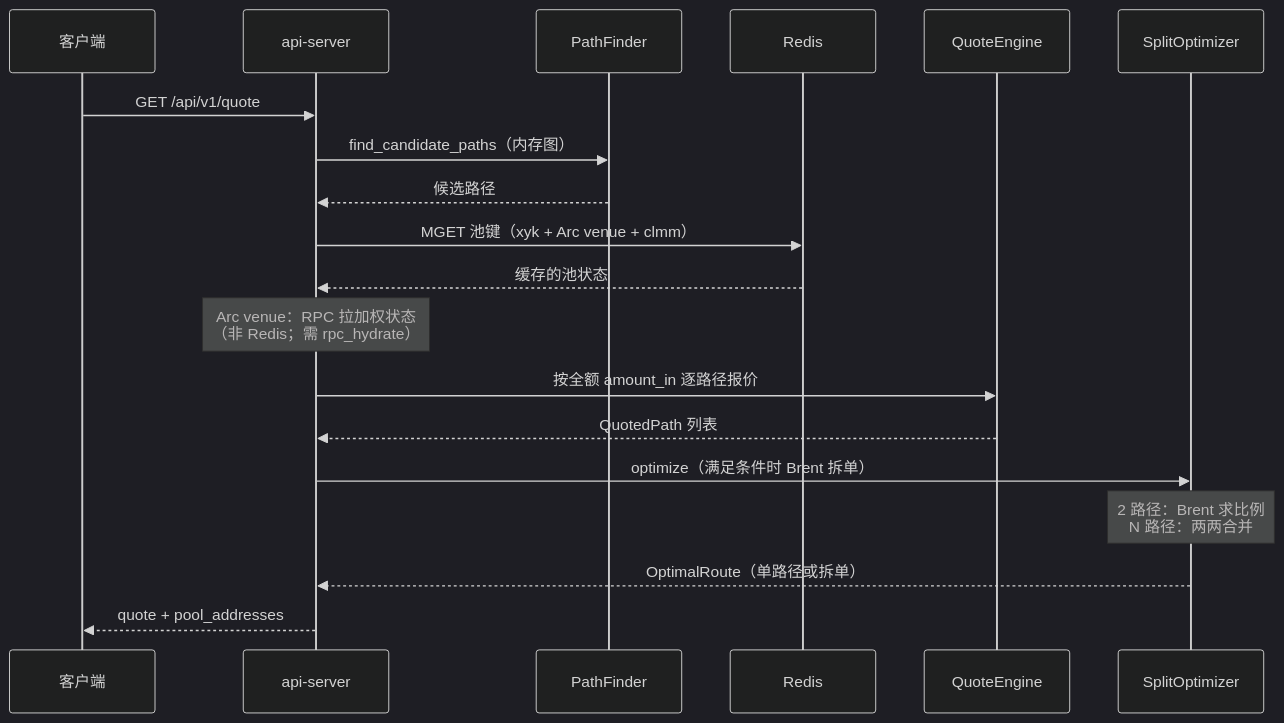
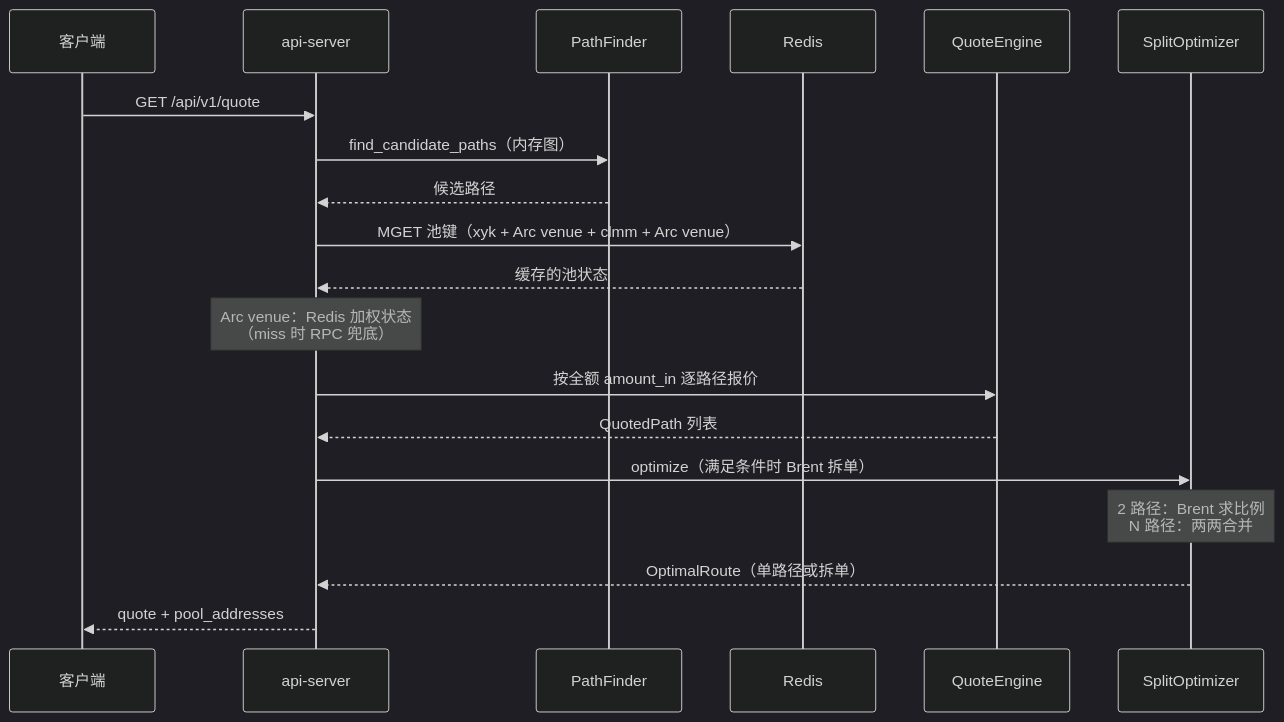
Before and after one commit to mangekyou-labs/chakra: the third of 3 diagrams in README.zh-CN.md, drawn with Mermaid (dark theme). The commit also changed other lines of this file and 10 other files, not shown here.

Commit message:
feat: include Arc venue

````diff
--- a/README.zh-CN.md
+++ b/README.zh-CN.md
@@ -124,22 +125,22 @@
 ```mermaid
 sequenceDiagram
   participant C as 客户端
   participant API as api-server
   participant PF as PathFinder
   participant R as Redis
   participant QE as QuoteEngine
   participant SO as SplitOptimizer
 
   C->>API: GET /api/v1/quote
   API->>PF: find_candidate_paths（内存图）
   PF-->>API: 候选路径
-  API->>R: MGET 池键（xyk + Arc venue + clmm）
+  API->>R: MGET 池键（xyk + Arc venue + clmm + Arc venue）
   R-->>API: 缓存的池状态
-  Note over API: Arc venue：RPC 拉加权状态<br/>（非 Redis；需 rpc_hydrate）
+  Note over API: Arc venue：Redis 加权状态<br/>（miss 时 RPC 兜底）
   API->>QE: 按全额 amount_in 逐路径报价
   QE-->>API: QuotedPath 列表
   API->>SO: optimize（满足条件时 Brent 拆单）
   Note over SO: 2 路径：Brent 求比例<br/>N 路径：两两合并
   SO-->>API: OptimalRoute（单路径或拆单）
   API-->>C: quote + pool_addresses
 ```
````
